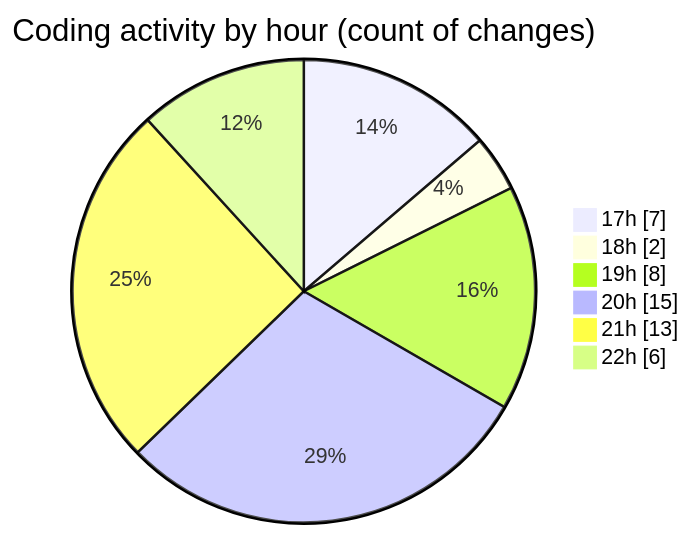
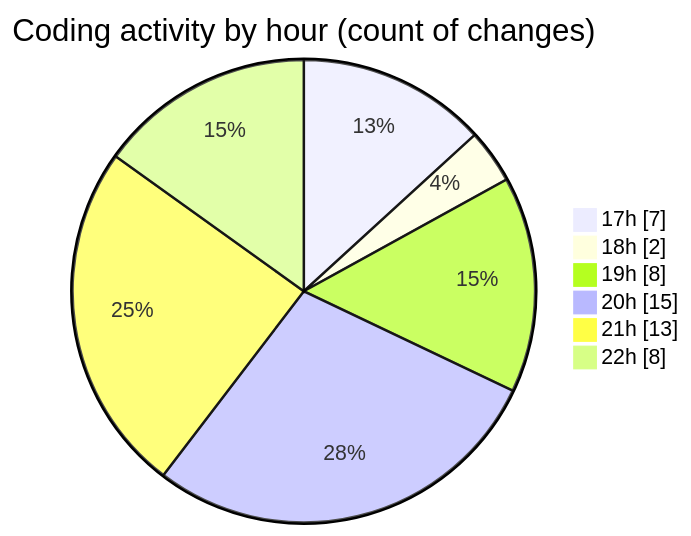
One commit to MatusMokan/code-tracking changed the second of 2 diagrams in 2025-01-12/myws__workspace_/README.md. Above: the diagram before and after it, drawn with Mermaid. The commit also changed other lines of this file and 1 other file, not shown here.

````diff
--- a/2025-01-12/myws__workspace_/README.md
+++ b/2025-01-12/myws__workspace_/README.md
@@ -30,10 +30,10 @@
 ```mermaid
 pie showData
 title Coding activity by hour (count of changes)
 "17h" : 7
 "18h" : 2
 "19h" : 8
 "20h" : 15
 "21h" : 13
-"22h" : 6
+"22h" : 8
 ```
````
